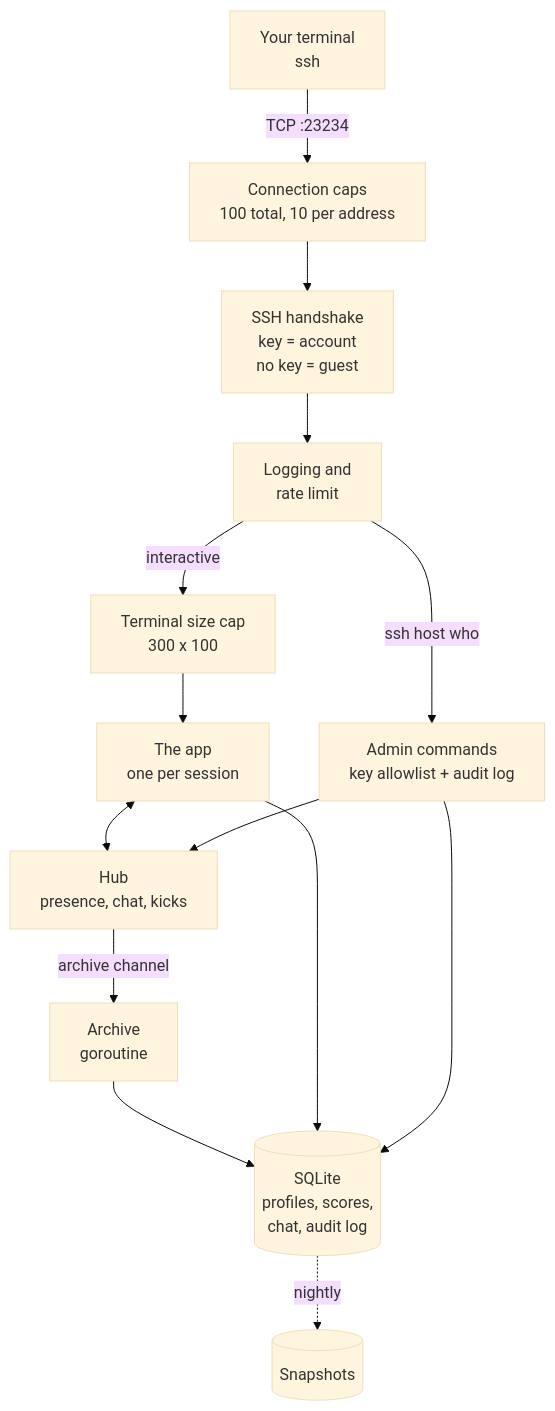
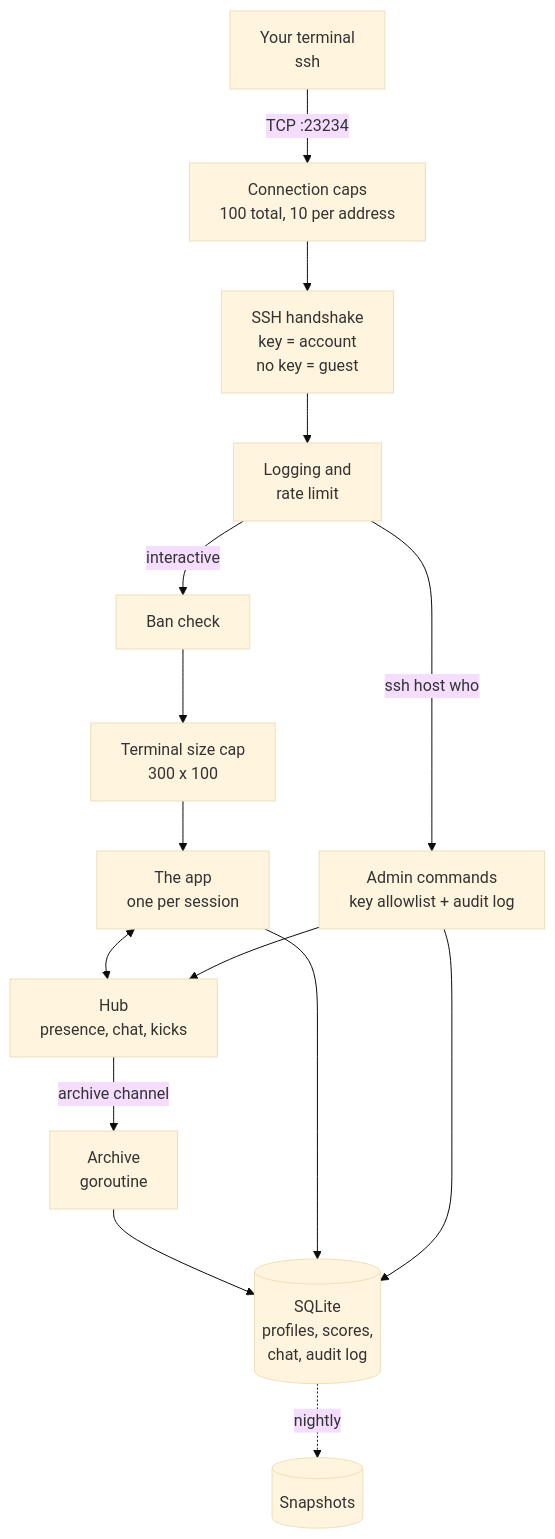
One commit to Dimitry4Now/sshhub changed the first of 3 diagrams in README.md. Above: the diagram before and after it, drawn with Mermaid (base theme). The commit also changed other lines of this file, not shown here.

````diff
--- a/README.md
+++ b/README.md
@@ -65,16 +65,17 @@
 ```mermaid
 flowchart TB
     client["Your terminal<br/>ssh"] -->|"TCP :23234"| caps["Connection caps<br/>100 total, 10 per address"]
     caps --> handshake["SSH handshake<br/>key = account<br/>no key = guest"]
     handshake --> mw["Logging and<br/>rate limit"]
     mw -->|"ssh host who"| admin["Admin commands<br/>key allowlist + audit log"]
-    mw -->|"interactive"| window["Terminal size cap<br/>300 x 100"]
+    mw -->|"interactive"| gate["Ban check"]
+    gate --> window["Terminal size cap<br/>300 x 100"]
     window --> tui["The app<br/>one per session"]
     tui <--> hub["Hub<br/>presence, chat, kicks"]
     admin --> hub
     hub -->|"archive channel"| writer["Archive<br/>goroutine"]
     writer --> db[("SQLite<br/>profiles, scores,<br/>chat, audit log")]
     tui --> db
     admin --> db
     db -.->|"nightly"| backups[("Snapshots")]
 ```
````
